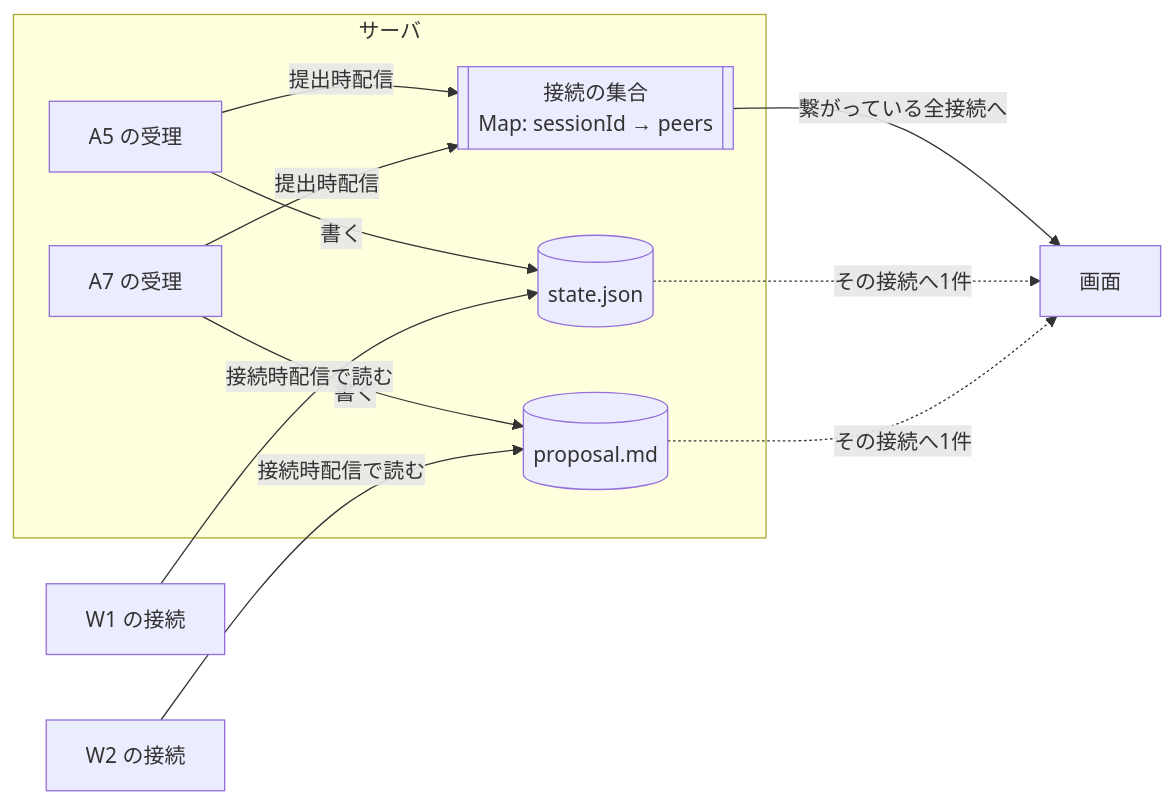
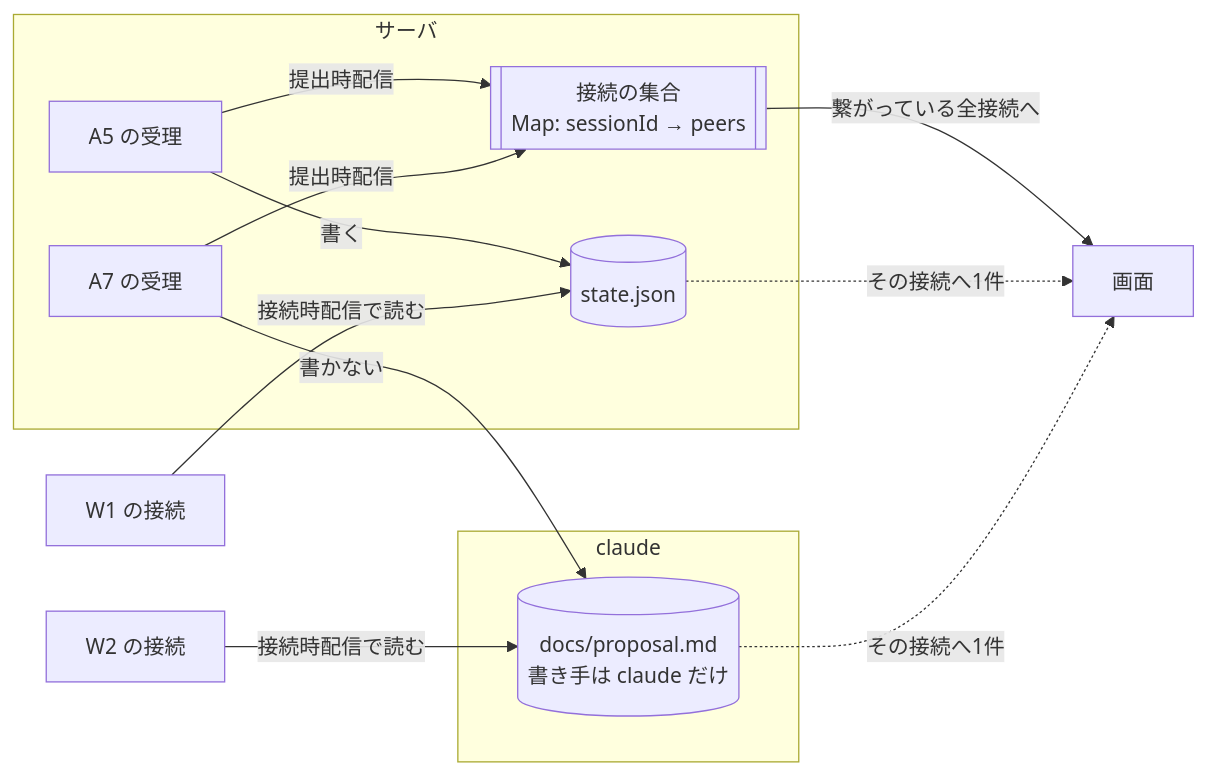
One commit to grrowapp/stroke changed the third of 3 diagrams in docs/specs/architecture/question-flow.md. Above: the diagram before and after it, drawn with Mermaid. The commit also changed other lines of this file and 93 other files, not shown here.

````diff
--- a/docs/specs/architecture/question-flow.md
+++ b/docs/specs/architecture/question-flow.md
@@ -119,22 +120,25 @@
 ```mermaid
 flowchart LR
     subgraph サーバ
         SJ[(state.json)]
-        PM[(proposal.md)]
         A5W[A5 の受理]
         A7W[A7 の受理]
         REG[["接続の集合<br/>Map: sessionId → peers"]]
     end
 
+    subgraph claude
+        PM[("docs/proposal.md<br/>書き手は claude だけ")]
+    end
+
     A5W -->|書く| SJ
-    A7W -->|書く| PM
+    A7W -->|書かない| PM
     A5W -->|提出時配信| REG
     A7W -->|提出時配信| REG
 
     OPEN1[W1 の接続] -->|接続時配信で読む| SJ
     OPEN2[W2 の接続] -->|接続時配信で読む| PM
 
     REG -->|繋がっている全接続へ| V[画面]
     SJ -.->|その接続へ1件| V
     PM -.->|その接続へ1件| V
 ```
````
